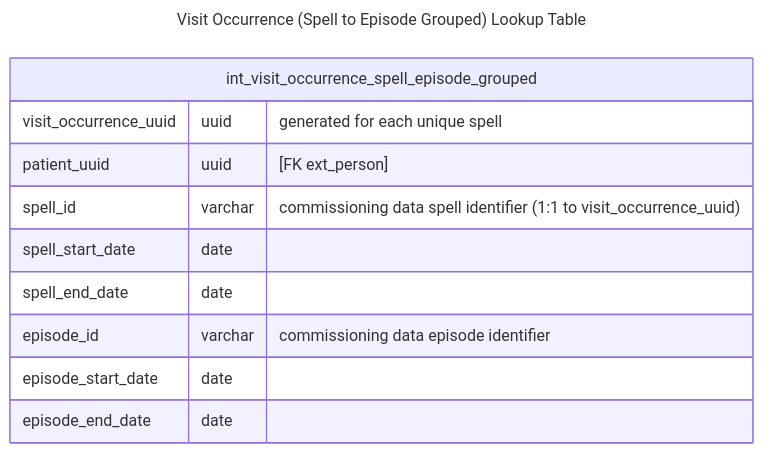
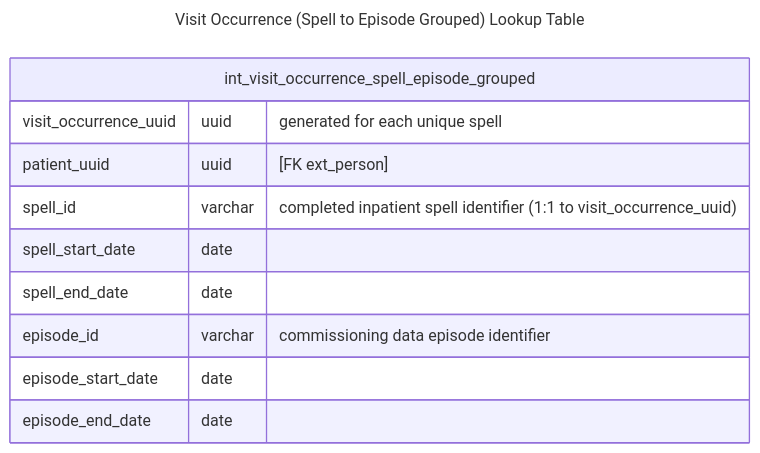
One commit to d3london/sde_aic_external_docs changed the first of 6 diagrams in src/pages/data_model/cdm_visit_occurrence.qmd. Above: the diagram before and after it, drawn with Mermaid. The commit also changed other lines of this file and 1 other file, not shown here.

````diff
--- a/src/pages/data_model/cdm_visit_occurrence.qmd
+++ b/src/pages/data_model/cdm_visit_occurrence.qmd
@@ -22,16 +22,16 @@
 ```{mermaid}
 ---
 title: Visit Occurrence (Spell to Episode Grouped) Lookup Table
 ---
 erDiagram
     int_visit_occurrence_spell_episode_grouped {
         visit_occurrence_uuid uuid "generated for each unique spell"
         patient_uuid uuid "[FK ext_person]"        
-        spell_id varchar "commissioning data spell identifier (1:1 to visit_occurrence_uuid)"
+        spell_id varchar "completed inpatient spell identifier (1:1 to visit_occurrence_uuid)"
         spell_start_date date
         spell_end_date date
         episode_id varchar "commissioning data episode identifier"
         episode_start_date date
         episode_end_date date
     }
 ```
````
